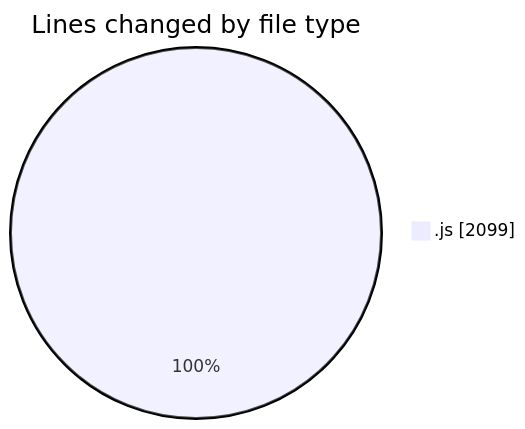
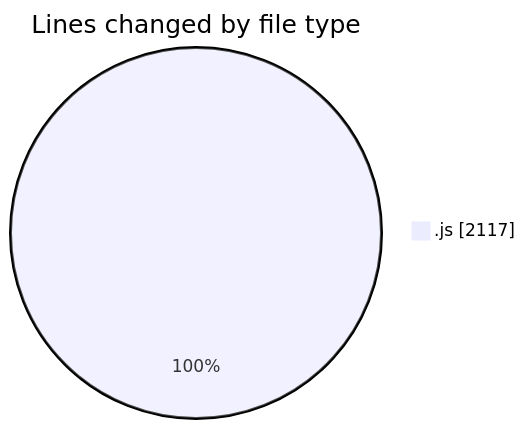
One commit to BS-eng2023/code-tracking changed the first of 2 diagrams in 2025-04-03/jsvms/README.md. Above: the diagram before and after it, drawn with Mermaid. The commit also changed other lines of this file and 1 other file, not shown here.

````diff
--- a/2025-04-03/jsvms/README.md
+++ b/2025-04-03/jsvms/README.md
@@ -32,5 +32,5 @@
 ```mermaid
 pie showData
 title Lines changed by file type
-".js" : 2099
+".js" : 2117
 ```
````
